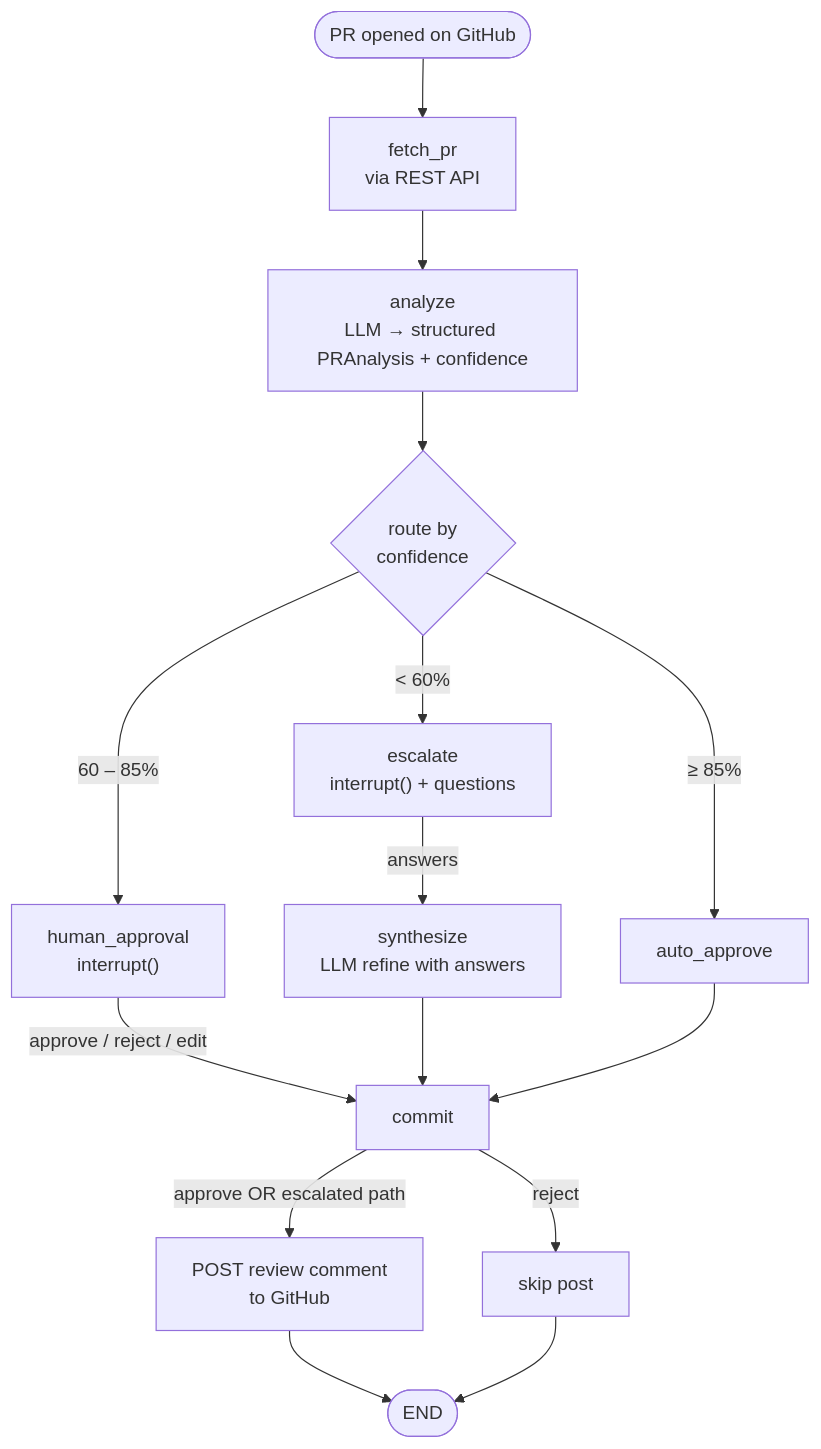
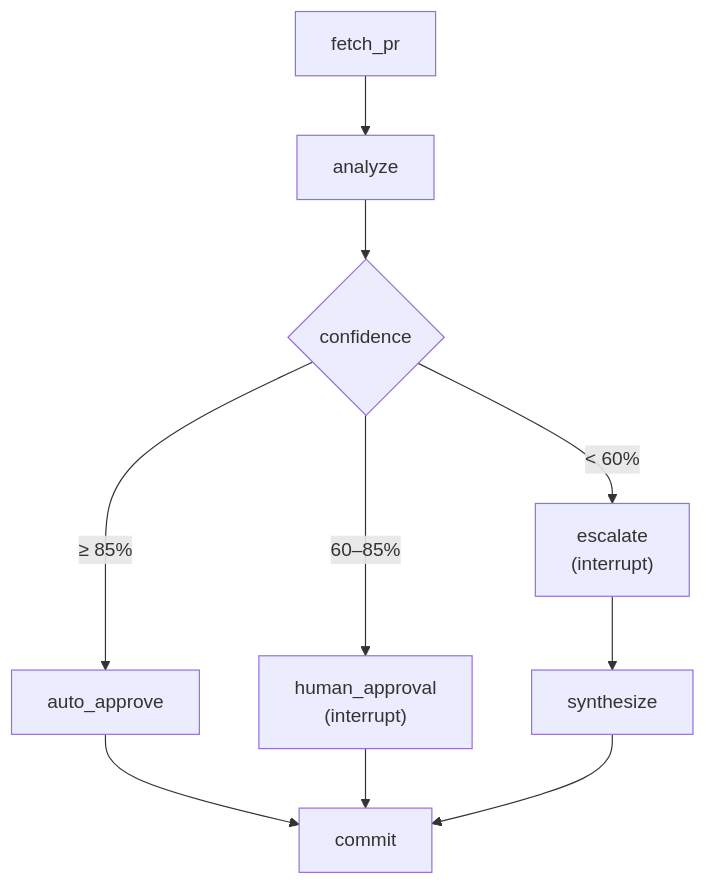
One commit to self-creation98/VinUni-AI20k-Day27-Track03-HITL changed the diagram in README.md. Above: the diagram before and after it, drawn with Mermaid.

Commit message:
README: trim flow diagram — drop START/END nodes and verbose annotations
Was 12 nodes with side-labels everywhere ('via REST API', 'LLM →
structured PRAnalysis', 'approve / reject / edit', 'POST to GitHub').
Now 8 nodes: just the LangGraph nodes themselves. The three confidence
edges keep their labels because that IS the routing rule.

````diff
--- a/README.md
+++ b/README.md
@@ -35,17 +35,12 @@
 ```mermaid
 flowchart TD
-    Start([PR opened on GitHub]) --> Fetch[fetch_pr<br/>via REST API]
-    Fetch --> Analyze[analyze<br/>LLM → structured PRAnalysis + confidence]
-    Analyze --> Route{route by<br/>confidence}
-    Route -- "≥ 85%" --> AutoApprove[auto_approve]
-    Route -- "60 – 85%" --> HumanApproval["human_approval<br/>interrupt()"]
-    Route -- "< 60%" --> Escalate["escalate<br/>interrupt() + questions"]
-    HumanApproval -- "approve / reject / edit" --> Commit[commit]
-    Escalate -- "answers" --> Synth[synthesize<br/>LLM refine with answers]
+    Fetch[fetch_pr] --> Analyze[analyze]
+    Analyze --> Route{confidence}
+    Route -- "≥ 85%" --> Auto[auto_approve]
+    Route -- "60–85%" --> Human["human_approval<br/>(interrupt)"]
+    Route -- "< 60%" --> Escalate["escalate<br/>(interrupt)"]
+    Escalate --> Synth[synthesize]
+    Auto --> Commit[commit]
+    Human --> Commit
     Synth --> Commit
-    AutoApprove --> Commit
-    Commit -- "approve OR escalated path" --> PostComment[POST review comment<br/>to GitHub]
-    Commit -- "reject" --> SkipPost[skip post]
-    PostComment --> END([END])
-    SkipPost --> END
 ```
````
